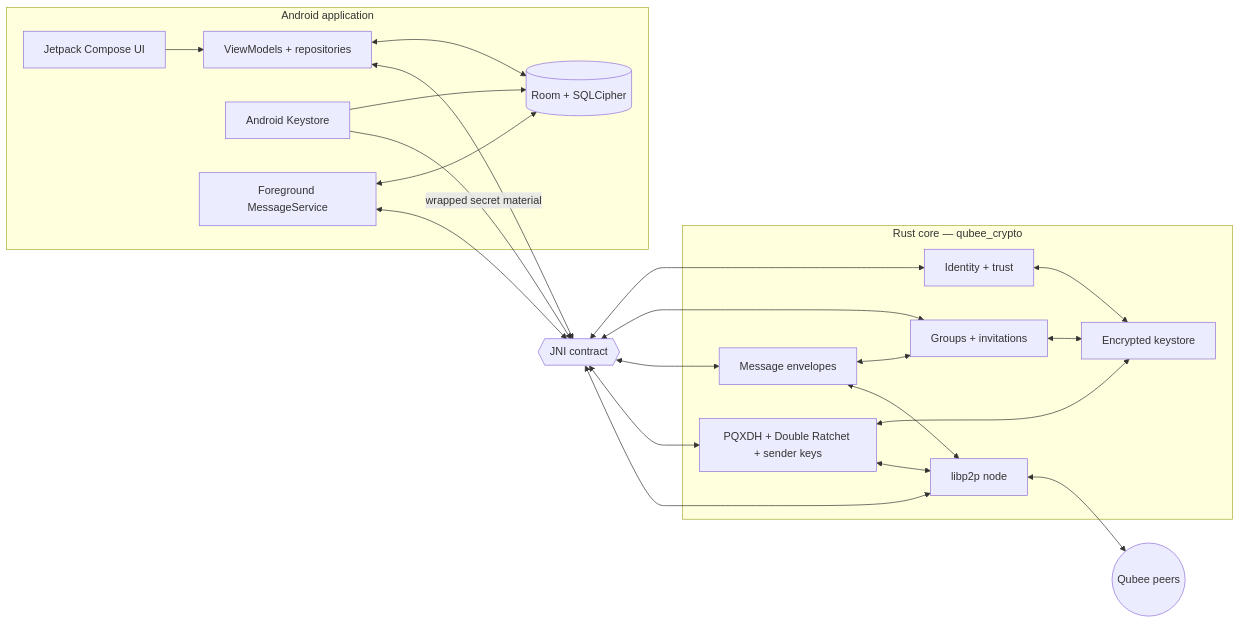
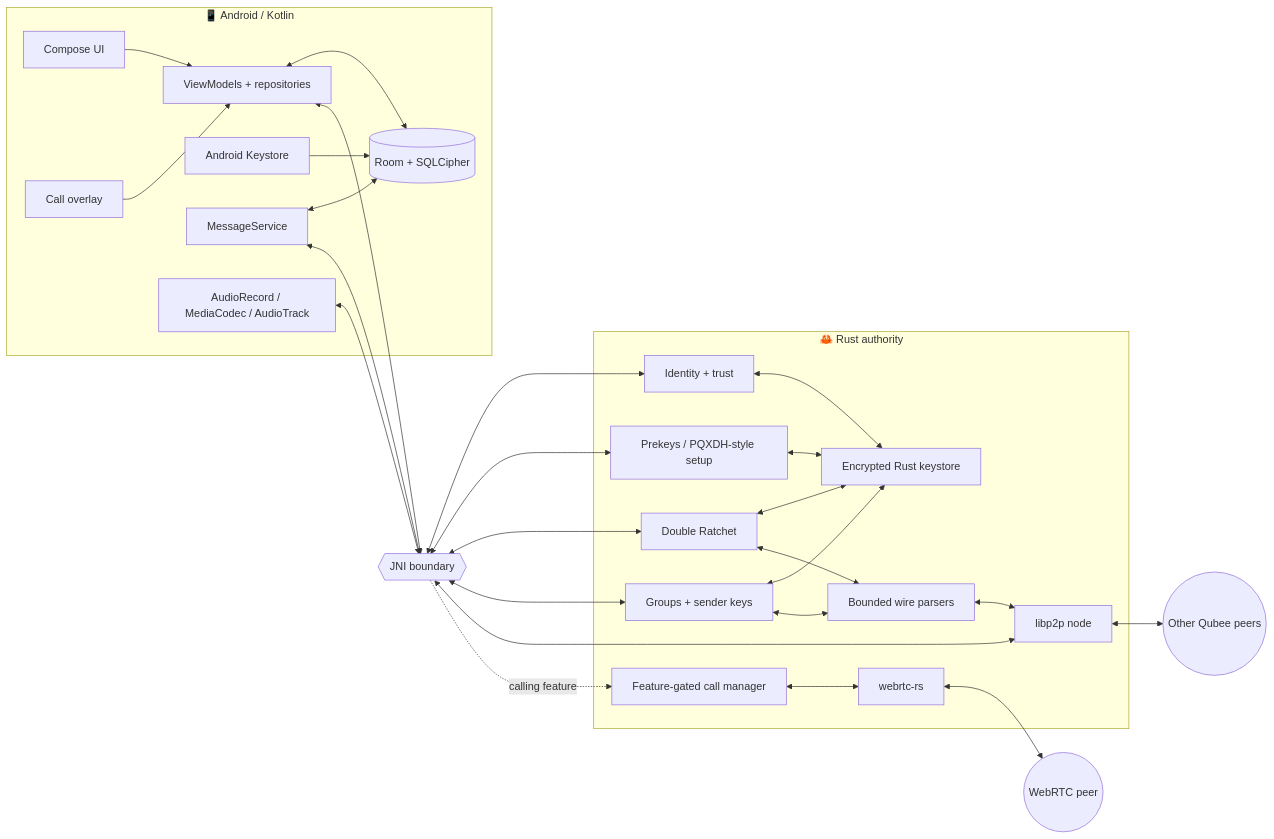
The first of 2 diagrams in README.md (MKlolbullen/Qubee), drawn with Mermaid before and after one commit. The commit also changed other lines of this file, not shown here.

Commit message:
docs: rewrite README around current architecture

````diff
--- a/README.md
+++ b/README.md
@@ -145,44 +123,54 @@
 ```mermaid
 flowchart LR
-    subgraph Android[Android application]
-        UI[Jetpack Compose UI]
+    subgraph Android[📱 Android / Kotlin]
+        UI[Compose UI]
         VM[ViewModels + repositories]
         DB[(Room + SQLCipher)]
         KS[Android Keystore]
-        SVC[Foreground MessageService]
+        MSGSVC[MessageService]
+        CALLUI[Call overlay]
+        AUDIO[AudioRecord / MediaCodec / AudioTrack]
 
         UI --> VM
+        CALLUI --> VM
         VM <--> DB
-        SVC <--> DB
+        MSGSVC <--> DB
         KS --> DB
     end
 
-    JNI{{JNI contract}}
+    JNI{{JNI boundary}}
 
-    subgraph Rust[Rust core — qubee_crypto]
+    subgraph Rust[🦀 Rust authority]
         ID[Identity + trust]
-        GROUPS[Groups + invitations]
-        MSG[Message envelopes]
-        RATCHET[PQXDH + Double Ratchet + sender keys]
-        STORE[Encrypted keystore]
-        NET[libp2p node]
+        PREKEY[Prekeys / PQXDH-style setup]
+        DR[Double Ratchet]
+        GROUP[Groups + sender keys]
+        WIRE[Bounded wire parsers]
+        STORE[Encrypted Rust keystore]
+        P2P[libp2p node]
+        CALL[Feature-gated call manager]
+        WEBRTC[webrtc-rs]
 
         ID <--> STORE
-        GROUPS <--> STORE
-        RATCHET <--> STORE
-        MSG <--> GROUPS
-        MSG <--> NET
-        RATCHET <--> NET
+        PREKEY <--> STORE
+        DR <--> STORE
+        GROUP <--> STORE
+        DR <--> WIRE
+        GROUP <--> WIRE
+        WIRE <--> P2P
+        CALL <--> WEBRTC
     end
 
     VM <--> JNI
-    SVC <--> JNI
-    KS -->|wrapped secret material| JNI
+    MSGSVC <--> JNI
+    AUDIO <--> JNI
     JNI <--> ID
-    JNI <--> GROUPS
-    JNI <--> MSG
-    JNI <--> RATCHET
-    JNI <--> NET
+    JNI <--> PREKEY
+    JNI <--> DR
+    JNI <--> GROUP
+    JNI <--> P2P
+    JNI -. calling feature .-> CALL
 
-    NET <--> PEERS((Qubee peers))
+    P2P <--> PEERS((Other Qubee peers))
+    WEBRTC <--> MEDIA((WebRTC peer))
 ```
````
